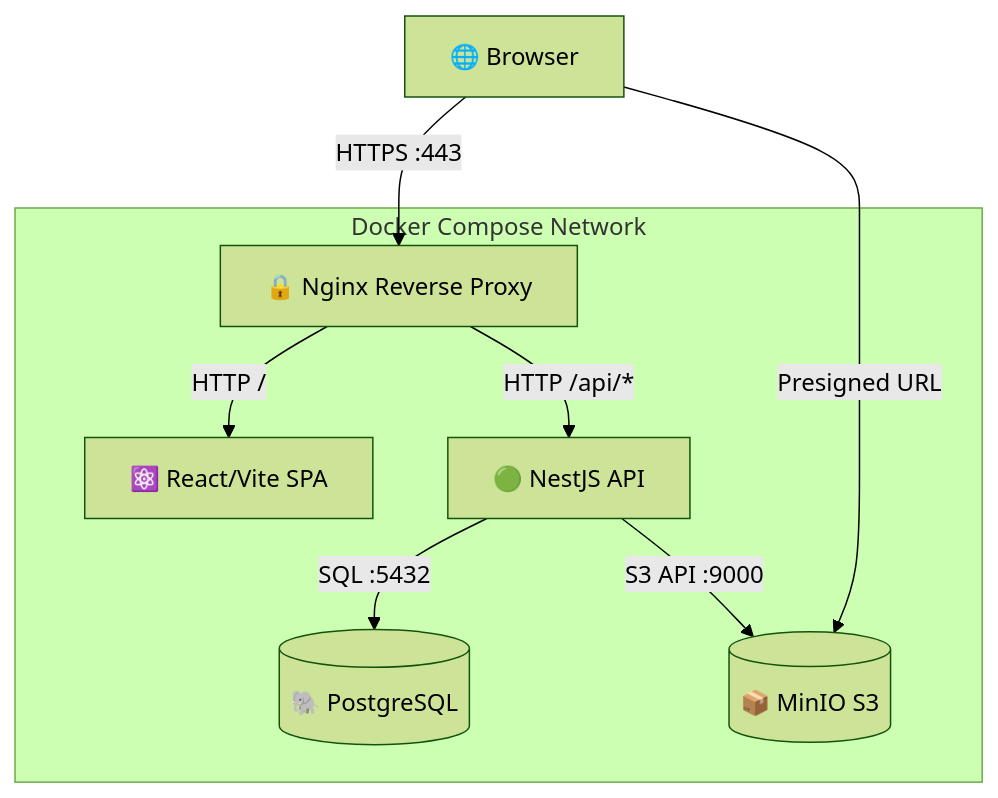
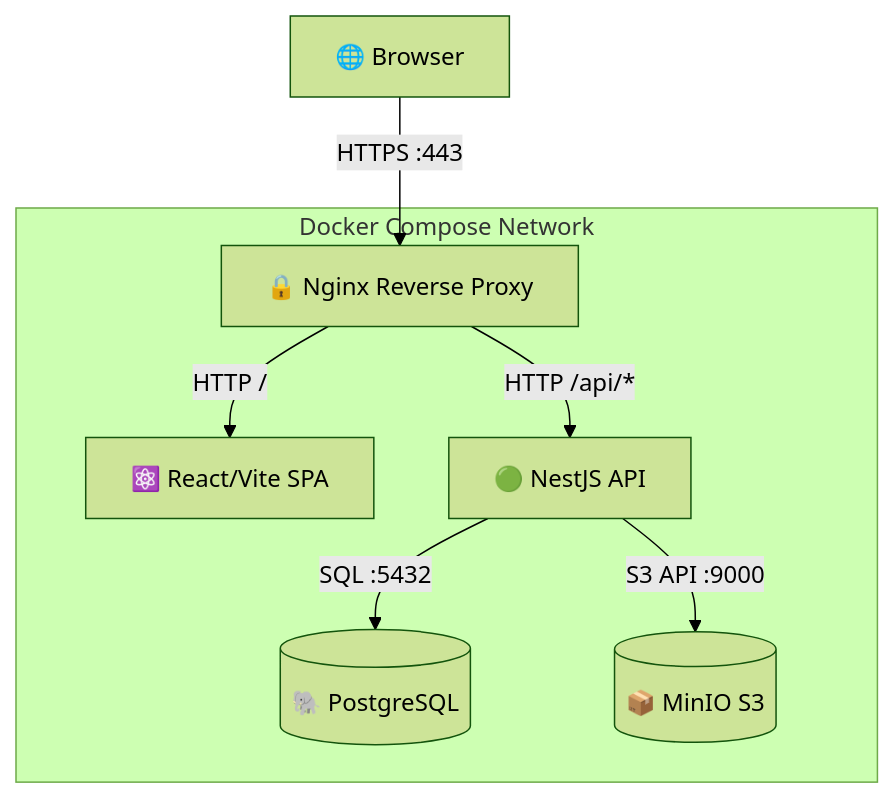
One commit to OC-Expert-DevOps/P3-OC-software-development-management changed the first of 2 diagrams in docs/technical-documentation.md. Above: the diagram before and after it, drawn with Mermaid (forest theme). The commit also changed other lines of this file and 22 other files, not shown here.

````diff
--- a/docs/technical-documentation.md
+++ b/docs/technical-documentation.md
@@ -11,17 +13,16 @@
 ```mermaid
 graph TD
     Browser[🌐 Browser] -->|HTTPS :443| Nginx[🔒 Nginx Reverse Proxy]
     Nginx -->|HTTP /| Frontend[⚛️ React/Vite SPA]
     Nginx -->|HTTP /api/*| Backend[🟢 NestJS API]
     Backend -->|SQL :5432| Postgres[(🐘 PostgreSQL)]
     Backend -->|S3 API :9000| MinIO[(📦 MinIO S3)]
-    Browser -->|Presigned URL| MinIO
 
     subgraph Docker Compose Network
         Nginx
         Frontend
         Backend
         Postgres
         MinIO
     end
 ```
````
